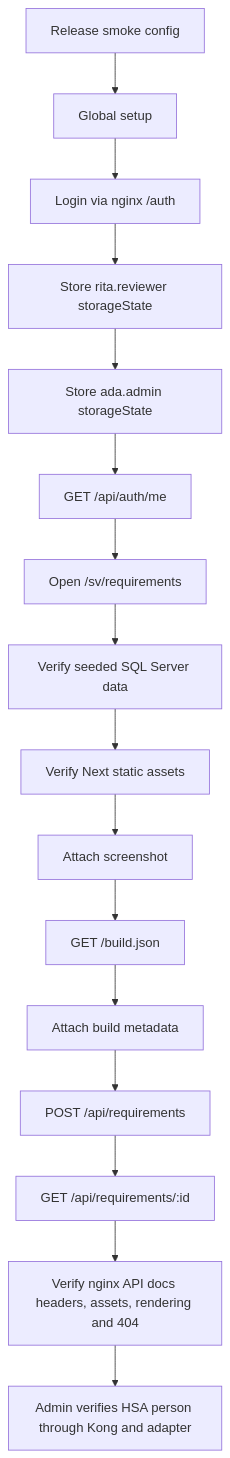
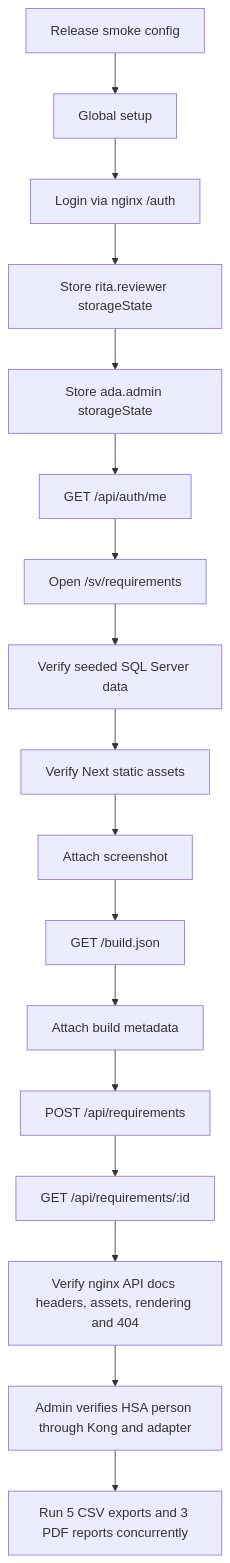
One commit to johlju/Kravhantering changed the first of 4 diagrams in tests/release-smoke/release-smoke.md. Above: the diagram before and after it, drawn with Mermaid. The commit also changed other lines of this file and 16 other files, not shown here.

````diff
--- a/tests/release-smoke/release-smoke.md
+++ b/tests/release-smoke/release-smoke.md
@@ -38,18 +38,19 @@
 ```mermaid
 flowchart TD
     A[Release smoke config] --> B[Global setup]
     B --> C[Login via nginx /auth]
     C --> D[Store rita.reviewer storageState]
     D --> E[Store ada.admin storageState]
     E --> F[GET /api/auth/me]
     F --> G[Open /sv/requirements]
     G --> H[Verify seeded SQL Server data]
     H --> I[Verify Next static assets]
     I --> J[Attach screenshot]
     J --> K[GET /build.json]
     K --> L[Attach build metadata]
     L --> M[POST /api/requirements]
     M --> N[GET /api/requirements/:id]
     N --> O[Verify nginx API docs headers, assets, rendering and 404]
     O --> P[Admin verifies HSA person through Kong and adapter]
+    P --> Q[Run 5 CSV exports and 3 PDF reports concurrently]
 ```
````
